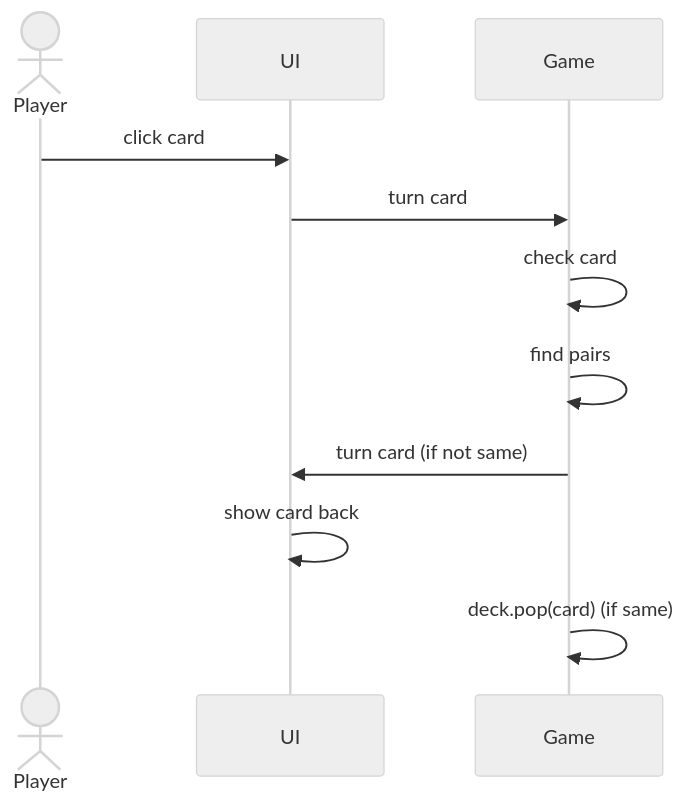
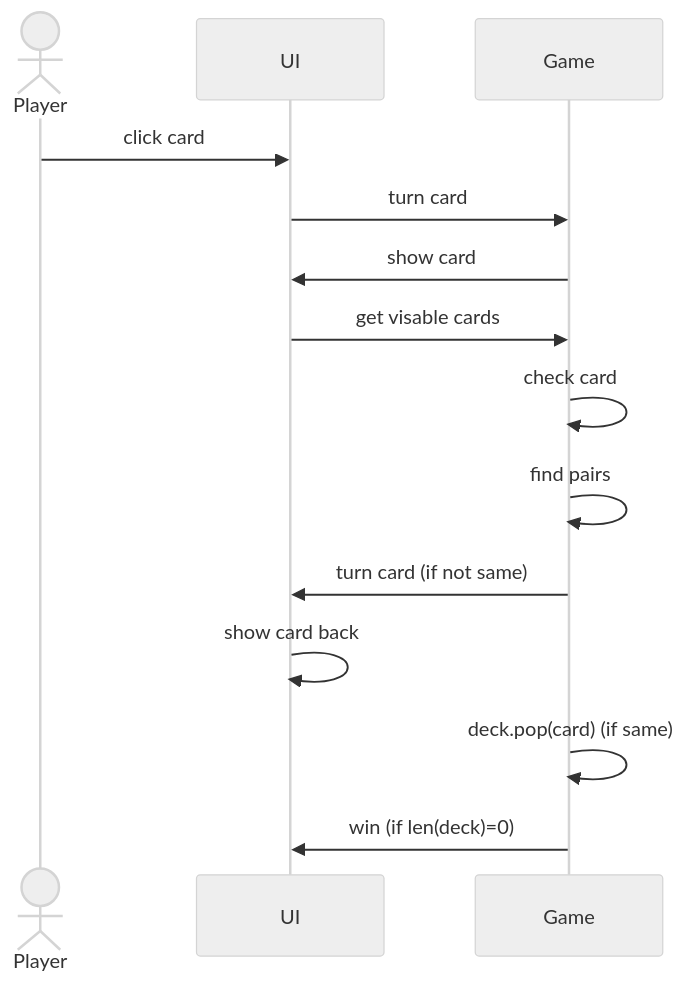
The second of 3 diagrams in dokumentaatio/arkkitehtuuri.md (kxelina/ot-harjoitustyo), drawn with Mermaid (neutral theme) before and after one commit. The commit also changed other lines of this file and 13 other files, not shown here.

````diff
--- a/dokumentaatio/arkkitehtuuri.md
+++ b/dokumentaatio/arkkitehtuuri.md
@@ -34,13 +58,16 @@
 ```mermaid
 sequenceDiagram
     actor Player 
     participant UI
     participant Game
     Player ->> UI: click card
     UI ->> Game: turn card
+    Game ->> UI: show card
+    UI ->> Game: get visable cards
     Game ->> Game: check card
     Game ->> Game: find pairs
     Game ->> UI: turn card (if not same)
     UI ->> UI: show card back
     Game ->> Game: deck.pop(card) (if same)
+    Game ->> UI: win (if len(deck)=0)
 ```
````
